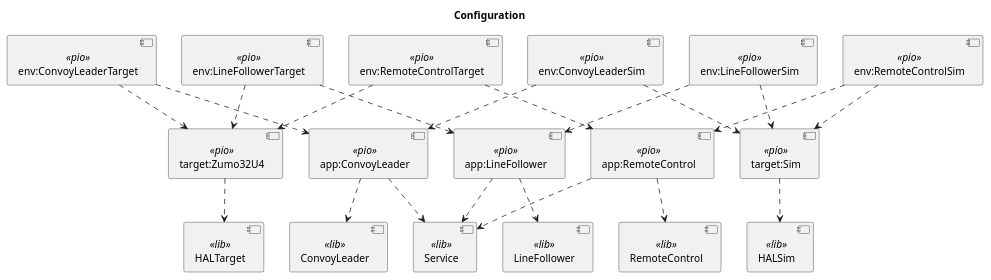
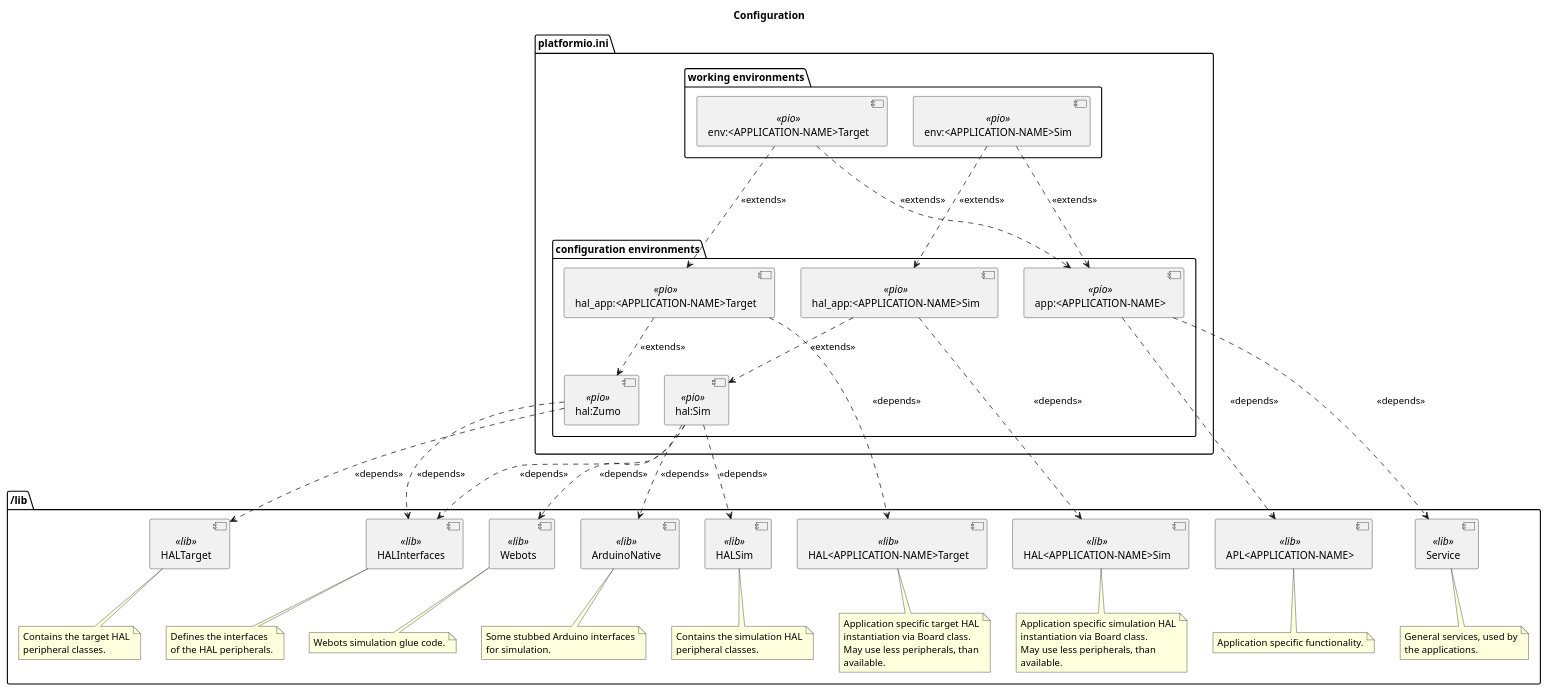
One commit to BlueAndi/RadonUlzer changed the diagram in doc/configuration/uml/configuration.plantuml. Above: the diagram before and after it, drawn with PlantUML.

Commit message:
Planned new configuration concept to have application specific HAL, not containing unused peripherals which requires space on target.

```diff
--- a/doc/configuration/uml/configuration.plantuml
+++ b/doc/configuration/uml/configuration.plantuml
@@ -1,57 +1,112 @@
 @startuml
 
 title Configuration
 
-component "env:ConvoyLeaderTarget" <<pio>> as envConvoyLeader
-component "env:ConvoyLeaderSim" <<pio>> as envConvoyLeaderSim
+package "platformio.ini" {
 
-component "env:LineFollowerTarget" <<pio>> as envLineFollower
-component "env:LineFollowerSim" <<pio>> as envLineFollowerSim
+    package "working environments" {
+        component "env:<APPLICATION-NAME>Target" <<pio>> as pioEnvAppTarget
+        component "env:<APPLICATION-NAME>Sim" <<pio>> as pioEnvAppSim
+    }
 
-component "env:RemoteControlTarget" <<pio>> as envRemoteControl
-component "env:RemoteControlSim" <<pio>> as envRemoteControlSim
+    package "configuration environments" as cfgEnv {
 
-component "app:ConvoyLeader" <<pio>> as appConvoyLeader
-component "app:LineFollower" <<pio>> as appLineFollower
-component "app:RemoteControl" <<pio>> as appRemoteControl
+        component "hal_app:<APPLICATION-NAME>Target" <<pio>> as pioHalAppTarget
+        component "app:<APPLICATION-NAME>" <<pio>> as pioAppApp
+        component "hal_app:<APPLICATION-NAME>Sim" <<pio>> as pioHalAppSim
 
-component "ConvoyLeader" <<lib>> as convoyLeader
-component "LineFollower" <<lib>> as lineFollower
-component "RemoteControl" <<lib>> as remoteControl
-component "Service" <<lib>> as service
+        component "hal:Zumo" <<pio>> as pioHalTarget
+        component "hal:Sim" <<pio>> as pioHalSim
+    }
+}
 
-component "target:Zumo32U4" <<pio>> as targetZumo
-component "target:Sim" <<pio>> as targetSim
+package "/lib" as libFolder {
 
-component "HALTarget" <<lib>> as halTarget
-component "HALSim" <<lib>> as halSim
+    component "HALInterfaces" <<lib>> as halInterfacesLib
 
-envConvoyLeader ..> appConvoyLeader
-envConvoyLeader ..> targetZumo
+    component "APL<APPLICATION-NAME>" <<lib>> as appLib
+    component "Service" <<lib>> as serviceLib
 
-envConvoyLeaderSim ..> appConvoyLeader
-envConvoyLeaderSim ..> targetSim
+    component "HAL<APPLICATION-NAME>Target" <<lib>> as halAppTarget
+    component "HAL<APPLICATION-NAME>Sim" <<lib>> as halAppSim
 
-envLineFollower ..> appLineFollower
-envLineFollower ..> targetZumo
+    component "HALTarget" <<lib>> as halTargetLib
+    component "HALSim" <<lib>> as halSimLib
 
-envLineFollowerSim ..> appLineFollower
-envLineFollowerSim ..> targetSim
+    component "Webots" <<lib>> as webotsLib
+    component "ArduinoNative" <<lib>> as arduinoNativeLib
 
-envRemoteControl ..> appRemoteControl
-envRemoteControl ..> targetZumo
+    note bottom of halAppTarget
+        Application specific target HAL
+        instantiation via Board class.
+        May use less peripherals, than
+        available.
+    end note
 
-envRemoteControlSim ..> appRemoteControl
-envRemoteControlSim ..> targetSim
+    note bottom of halAppSim
+        Application specific simulation HAL
+        instantiation via Board class.
+        May use less peripherals, than
+        available.
+    end note
 
-appConvoyLeader ..> convoyLeader
-appConvoyLeader ..> service
-appLineFollower ..> lineFollower
-appLineFollower ..> service
-appRemoteControl ..> remoteControl
-appRemoteControl ..> service
+    note bottom of halTargetLib
+        Contains the target HAL
+        peripheral classes.
+    end note
 
-targetZumo ..> halTarget
-targetSim ..> halSim
+    note bottom of halSimLib
+        Contains the simulation HAL
+        peripheral classes.
+    end note
+
+    note bottom of halInterfacesLib
+        Defines the interfaces
+        of the HAL peripherals.
+    end note
+
+    note bottom of appLib
+        Application specific functionality.
+    end note
+
+    note bottom of serviceLib
+        General services, used by
+        the applications.
+    end note
+
+    note bottom of webotsLib
+        Webots simulation glue code.
+    end note
+
+    note bottom of arduinoNativeLib
+        Some stubbed Arduino interfaces
+        for simulation.
+    end note
+}
+
+pioEnvAppTarget ...> pioAppApp: <<extends>>
+pioEnvAppTarget ...> pioHalAppTarget: <<extends>>
+
+pioHalAppTarget ..> pioHalTarget: <<extends>>
+pioHalAppTarget ...> halAppTarget: <<depends>>
+
+pioHalTarget ..> halTargetLib: <<depends>>
+pioHalTarget ..> halInterfacesLib: <<depends>>
+
+
+pioEnvAppSim ..> pioAppApp: <<extends>>
+pioEnvAppSim ..> pioHalAppSim: <<extends>>
+
+pioHalAppSim ..> pioHalSim: <<extends>>
+pioHalAppSim ...> halAppSim: <<depends>>
+
+pioHalSim ..> halSimLib: <<depends>>
+pioHalSim ..> webotsLib: <<depends>>
+pioHalSim ..> halInterfacesLib: <<depends>>
+pioHalSim ..> arduinoNativeLib: <<depends>>
+
+
+pioAppApp ...> appLib: <<depends>>
+pioAppApp ...> serviceLib: <<depends>>
 
 @enduml
```
